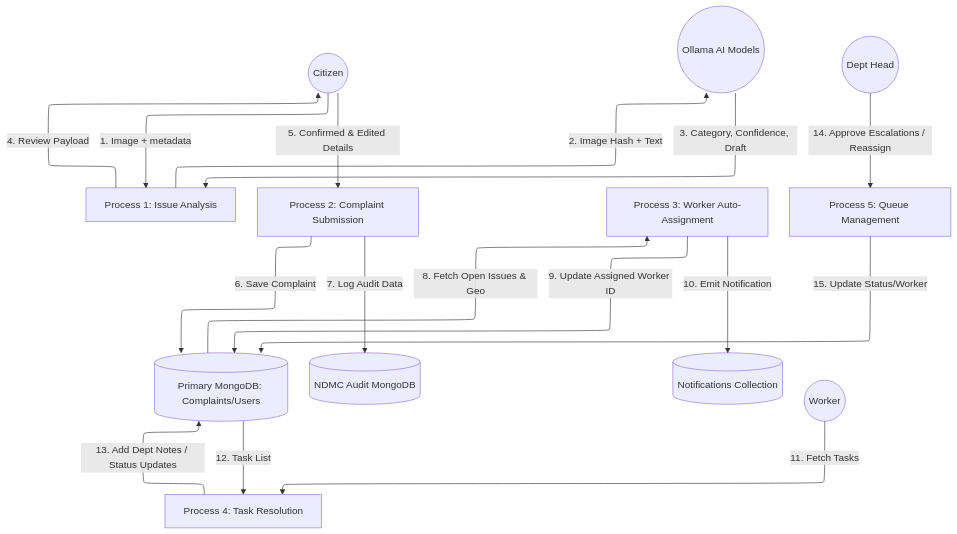
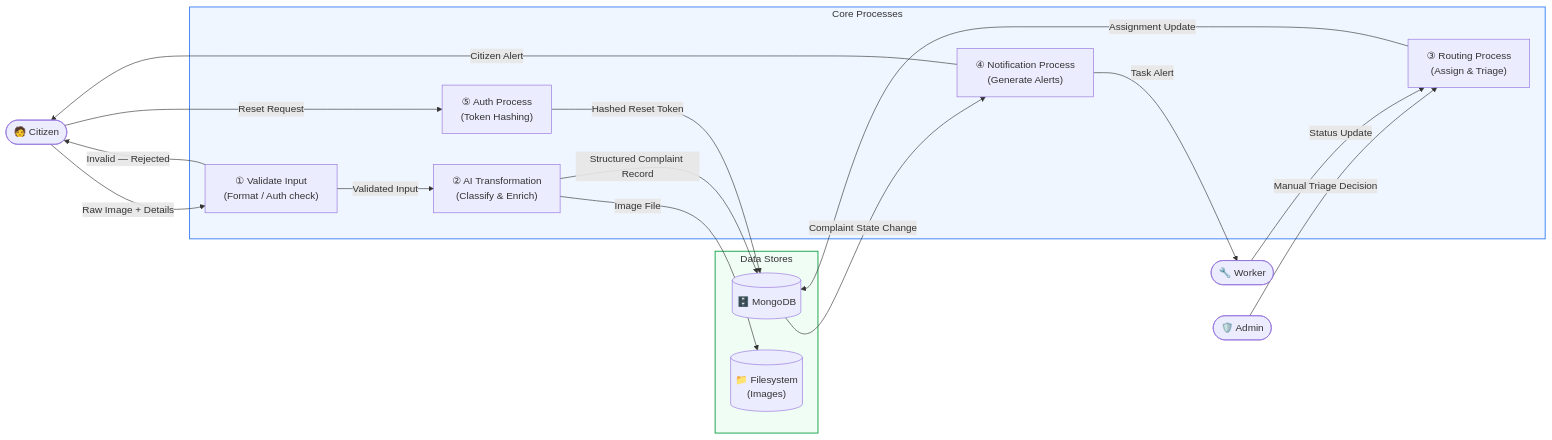
One commit to ark5234/Jan-Sunwai-AI changed the ninth of 10 diagrams in docs/DIAGRAMS.md. Above: the diagram before and after it, drawn with Mermaid. The commit also changed other lines of this file, not shown here.

Commit message:
docs: initialize LaTeX project structure and add documentation metadata for project report

````diff
--- a/docs/DIAGRAMS.md
+++ b/docs/DIAGRAMS.md
@@ -308,27 +426,40 @@
 ```mermaid
----
-config:
-  layout: elk
----
-flowchart TB
-    Citizen(("Citizen")) -->|1. Image + metadata| P1["Process 1: Issue Analysis"]
-    P1 -->|2. Image Hash + Text| Ollama(("Ollama AI Models"))
-    Ollama -->|3. Category, Confidence, Draft| P1
-    
-    P1 -->|4. Review Payload| Citizen
-    Citizen -->|5. Confirmed & Edited Details| P2["Process 2: Complaint Submission"]
-    
-    P2 -->|6. Save Complaint| DB[("Primary MongoDB: Complaints/Users")]
-    P2 -->|7. Log Audit Data| NDMC[("NDMC Audit MongoDB")]
-    
-    DB -->|8. Fetch Open Issues & Geo| P3["Process 3: Worker Auto-Assignment"]
-    P3 -->|9. Update Assigned Worker ID| DB
-    P3 -->|10. Emit Notification| Notifications[("Notifications Collection")]
-    
-    Worker(("Worker")) -->|11. Fetch Tasks| P4["Process 4: Task Resolution"]
-    DB -->|12. Task List| P4
-    P4 -->|13. Add Dept Notes / Status Updates| DB
-    
-    DeptHead(("Dept Head")) -->|14. Approve Escalations / Reassign| P5["Process 5: Queue Management"]
-    P5 -->|15. Update Status/Worker| DB
+flowchart LR
+    Citizen(["🧑 Citizen"])
+    Admin(["🛡️ Admin"])
+    Worker(["🔧 Worker"])
+
+    subgraph PROCESSES ["Core Processes"]
+        P1["① Validate Input\n(Format / Auth check)"]
+        P2["② AI Transformation\n(Classify & Enrich)"]
+        P3["③ Routing Process\n(Assign & Triage)"]
+        P4["④ Notification Process\n(Generate Alerts)"]
+        P5["⑤ Auth Process\n(Token Hashing)"]
+    end
+
+    subgraph STORES ["Data Stores"]
+        DB[("🗄️ MongoDB")]
+        FS[("📁 Filesystem\n(Images)")]
+    end
+
+    Citizen -->|"Raw Image + Details"| P1
+    P1 -->|"Invalid — Rejected"| Citizen
+    P1 -->|"Validated Input"| P2
+    P2 -->|"Structured Complaint Record"| DB
+    P2 -->|"Image File"| FS
+
+    Admin -->|"Manual Triage Decision"| P3
+    P3 -->|"Assignment Update"| DB
+
+    DB -->|"Complaint State Change"| P4
+    P4 -->|"Citizen Alert"| Citizen
+    P4 -->|"Task Alert"| Worker
+
+    Worker -->|"Status Update"| P3
+
+    Citizen -->|"Reset Request"| P5
+    P5 -->|"Hashed Reset Token"| DB
+
+    style PROCESSES fill:#eff6ff,stroke:#3b82f6,stroke-width:1.5px
+    style STORES fill:#f0fdf4,stroke:#16a34a,stroke-width:1.5px
 ```
````
